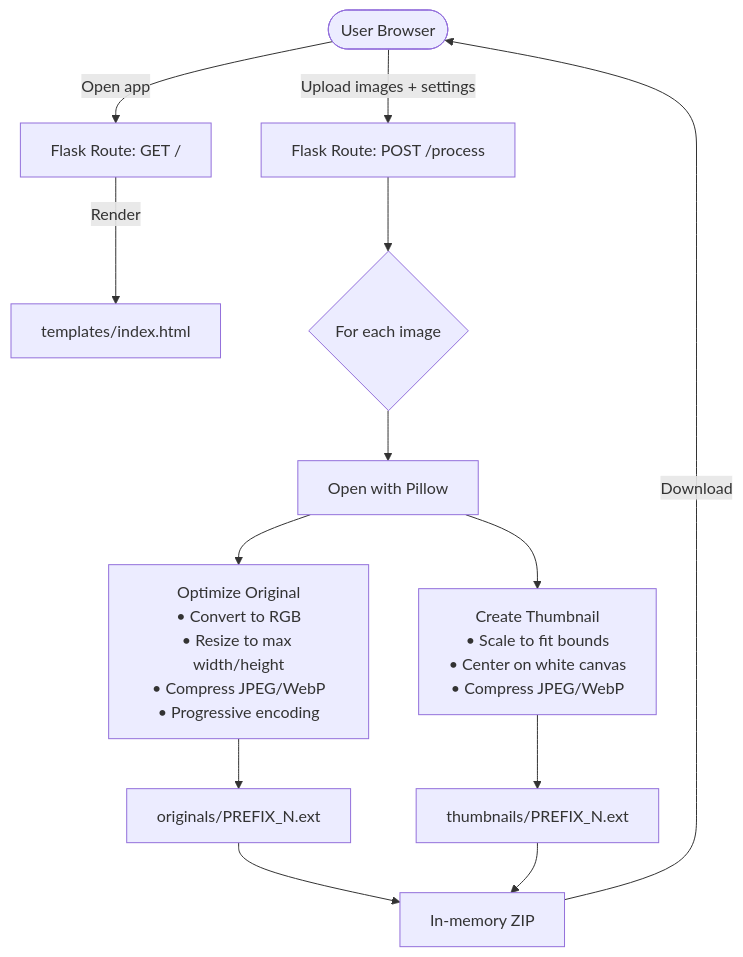
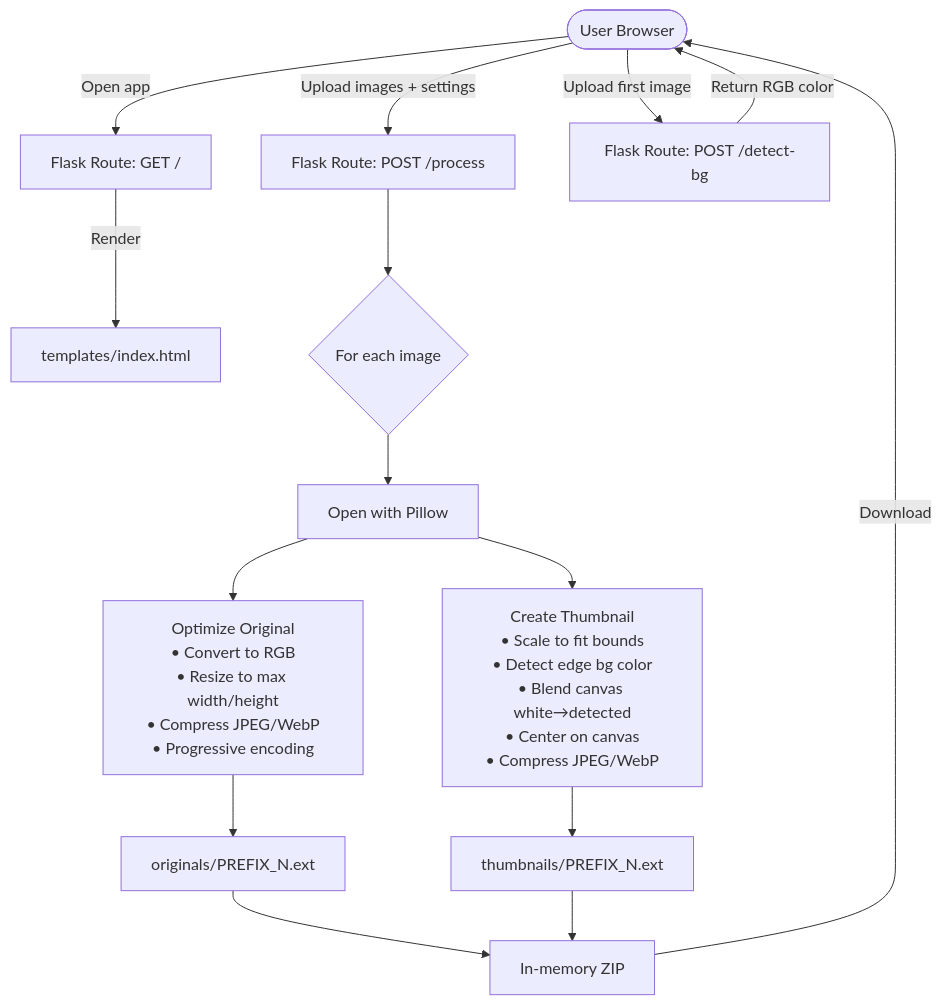
Before and after one commit to Akitha/picprep: the diagram in README.md, drawn with Mermaid. The commit also changed other lines of this file and 2 other files, not shown here.

Commit message:
Implement background color detection and blending feature in image processing

````diff
--- a/README.md
+++ b/README.md
@@ -49,22 +50,25 @@
 ```mermaid
 flowchart TD
     A([User Browser]) -->|Upload images + settings| B[Flask Route: POST /process]
     A -->|Open app| C[Flask Route: GET /]
     C -->|Render| D[templates/index.html]
+
+    A -->|Upload first image| BG[Flask Route: POST /detect-bg]
+    BG -->|Return RGB color| A
 
     B --> E{For each image}
 
     E --> F[Open with Pillow]
 
     F --> G[Optimize Original\n• Convert to RGB\n• Resize to max width/height\n• Compress JPEG/WebP\n• Progressive encoding]
 
-    F --> H[Create Thumbnail\n• Scale to fit bounds\n• Center on white canvas\n• Compress JPEG/WebP]
+    F --> H[Create Thumbnail\n• Scale to fit bounds\n• Detect edge bg color\n• Blend canvas white→detected\n• Center on canvas\n• Compress JPEG/WebP]
 
     G --> I[originals/PREFIX_N.ext]
     H --> J[thumbnails/PREFIX_N.ext]
 
     I --> K[In-memory ZIP]
     J --> K
 
     K -->|Download| A
 ```
````
